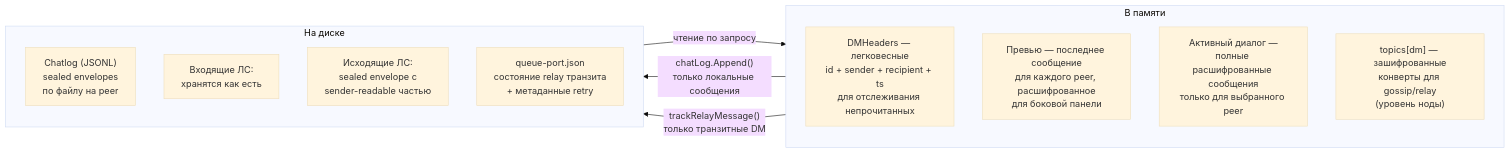
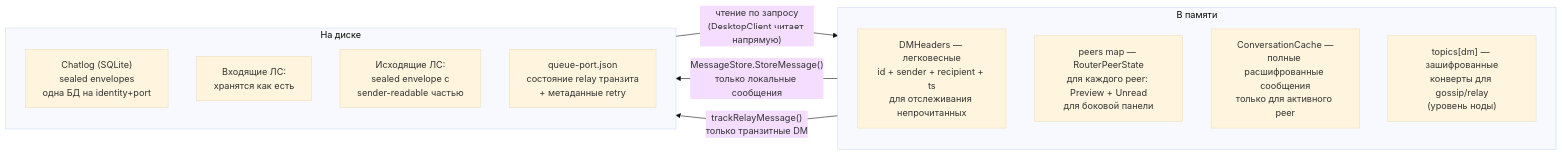
One commit to piratecash/corsa changed the tenth of 16 diagrams in docs/chatlog.md. Above: the diagram before and after it, drawn with Mermaid (base theme). The commit also changed other lines of this file and 35 other files, not shown here.

First line of the commit message:
feat(service): extract DMRouter, migrate chatlog to SQLite, add structured logging

````diff
--- a/docs/chatlog.md
+++ b/docs/chatlog.md
@@ -396,22 +757,22 @@
 ```mermaid
 flowchart LR
     subgraph MEM["В памяти"]
         direction TB
         M1["DMHeaders — легковесные\nid + sender + recipient + ts\nдля отслеживания непрочитанных"]
-        M2["Превью — последнее сообщение\nдля каждого peer, расшифрованное\nдля боковой панели"]
-        M3["Активный диалог —\nполные расшифрованные сообщения\nтолько для выбранного peer"]
+        M2["peers map — RouterPeerState\nдля каждого peer: Preview + Unread\nдля боковой панели"]
+        M3["ConversationCache —\nполные расшифрованные сообщения\nтолько для активного peer"]
         M4["topics[dm] — зашифрованные\nконверты для gossip/relay\n(уровень ноды)"]
     end
 
     subgraph DSK["На диске"]
         direction TB
-        D1["Chatlog (JSONL)\nsealed envelopes\nпо файлу на peer"]
+        D1["Chatlog (SQLite)\nsealed envelopes\nодна БД на identity+port"]
         D2["Входящие ЛС:\nхранятся как есть"]
         D3["Исходящие ЛС:\nsealed envelope с\nsender-readable частью"]
         D4["queue-port.json\nсостояние relay транзита\n+ метаданные retry"]
     end
 
-    MEM -->|"chatLog.Append()\nтолько локальные сообщения"| D1
+    MEM -->|"MessageStore.StoreMessage()\nтолько локальные сообщения"| D1
     MEM -->|"trackRelayMessage()\nтолько транзитные DM"| D4
-    D1 -->|"чтение по запросу"| MEM
+    D1 -->|"чтение по запросу\n(DesktopClient читает напрямую)"| MEM
 ```
````
